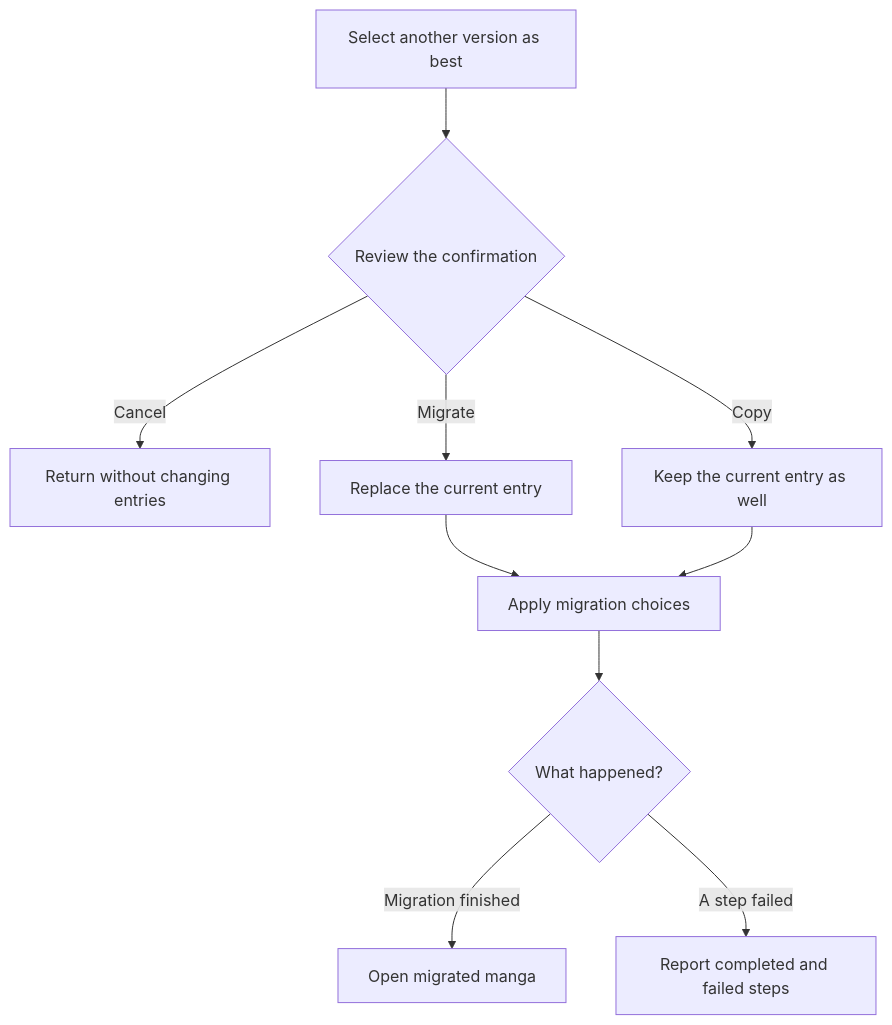
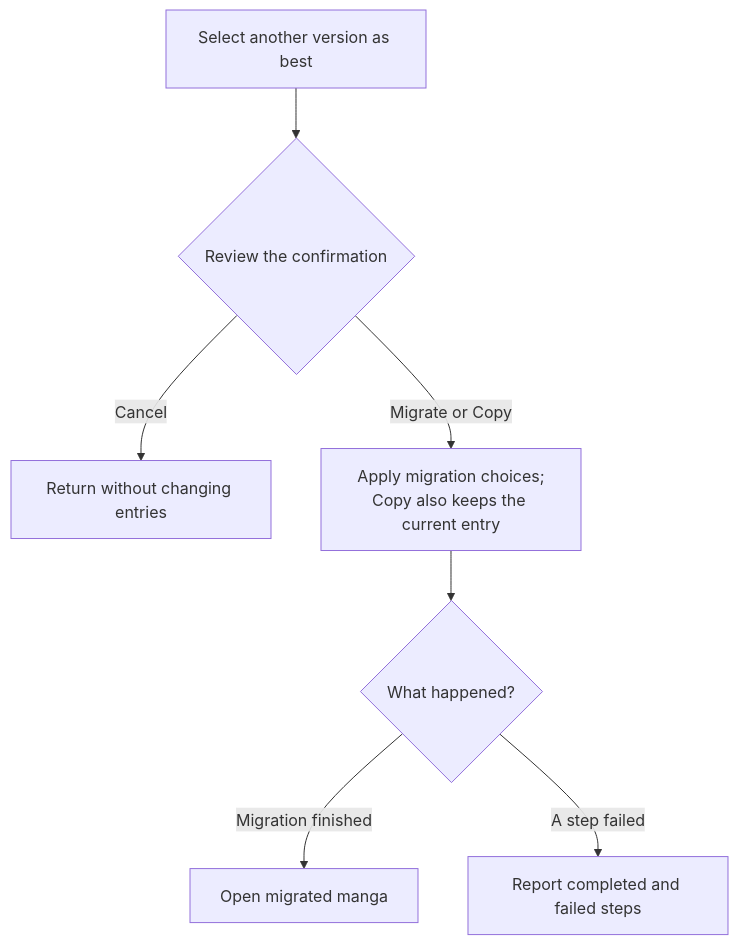
One commit to FancyCorey/komikku-fc changed the fourth of 4 diagrams in docs/kmk/feature-guides/versions.md. Above: the diagram before and after it, drawn with Mermaid. The commit also changed other lines of this file and 93 other files, not shown here.

````diff
--- a/docs/kmk/feature-guides/versions.md
+++ b/docs/kmk/feature-guides/versions.md
@@ -92,12 +93,9 @@
 ```mermaid
 flowchart TD
     Choose["Select another version as best"] --> Confirm{"Review the confirmation"}
     Confirm -->|Cancel| Unchanged["Return without changing entries"]
-    Confirm -->|Migrate| Replace["Replace the current entry"]
-    Confirm -->|Copy| Copy["Keep the current entry as well"]
-    Replace --> Execute["Apply migration choices"]
-    Copy --> Execute
+    Confirm -->|Migrate or Copy| Execute["Apply migration choices;<br/>Copy also keeps the current entry"]
     Execute --> Result{"What happened?"}
     Result -->|Migration finished| Open["Open migrated manga"]
     Result -->|A step failed| Failed["Report completed and failed steps"]
 ```
````
